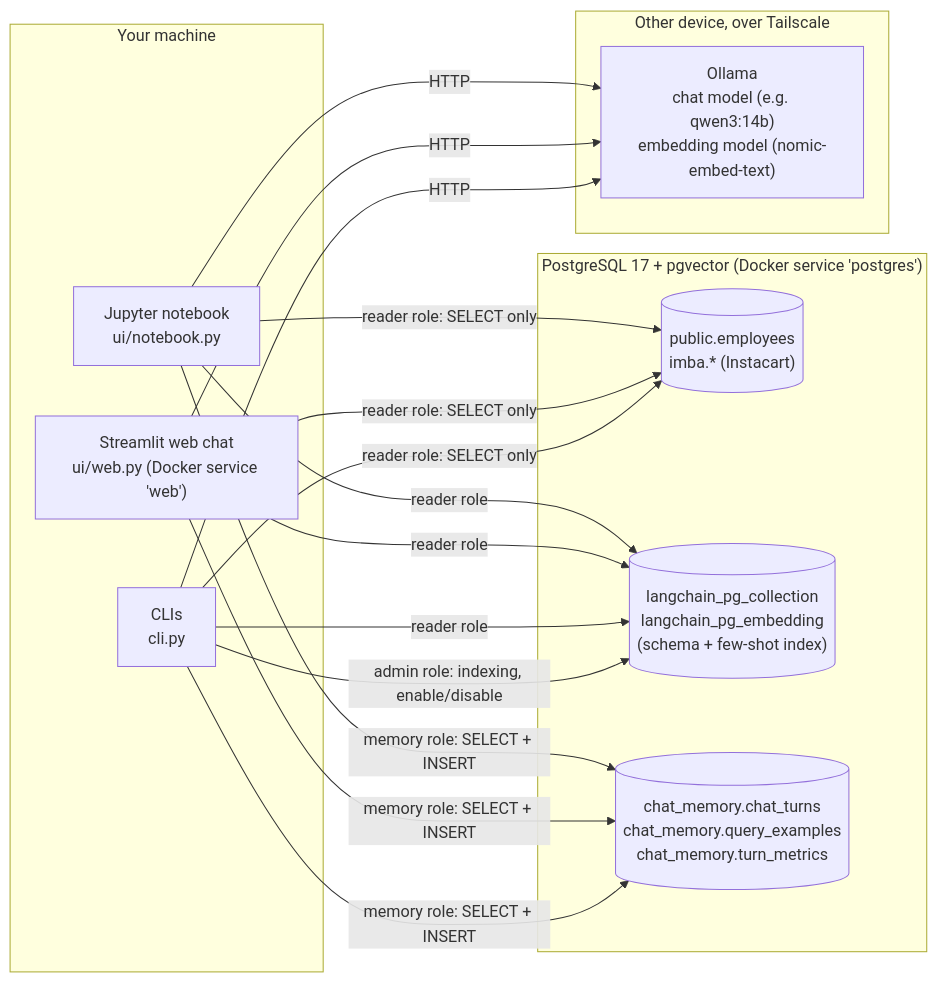
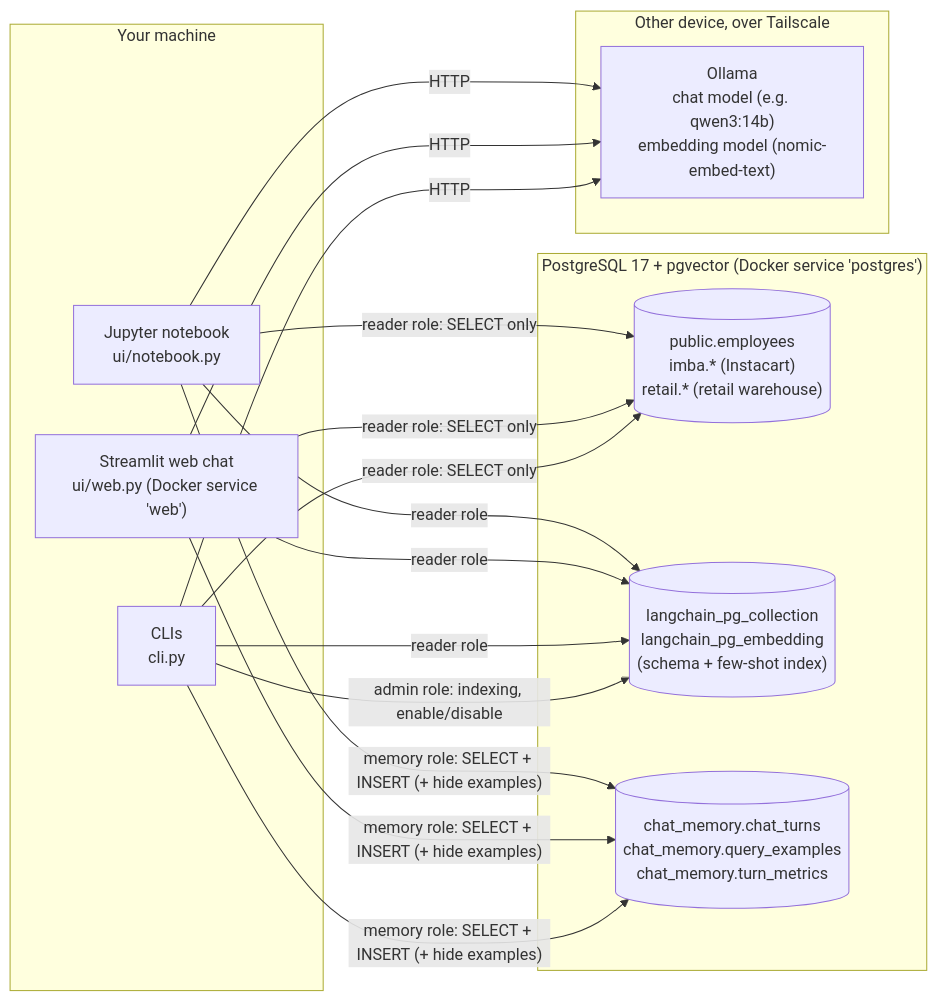
Before and after one commit to JiraKorn404/RAG-SQL-Layer: the first of 7 diagrams in EXPLAIN.md, drawn with Mermaid. The commit also changed other lines of this file and 36 other files, not shown here.

Commit message:
add retail data + liked query feature

````diff
--- a/EXPLAIN.md
+++ b/EXPLAIN.md
@@ -77,24 +77,24 @@
 ```mermaid
 flowchart LR
     subgraph Client["Your machine"]
         NB["Jupyter notebook<br/>ui/notebook.py"]
         WEB["Streamlit web chat<br/>ui/web.py (Docker service 'web')"]
         CLI["CLIs<br/>cli.py"]
     end
 
     subgraph PG["PostgreSQL 17 + pgvector (Docker service 'postgres')"]
-        DATA[("public.employees<br/>imba.* (Instacart)")]
+        DATA[("public.employees<br/>imba.* (Instacart)<br/>retail.* (retail warehouse)")]
         VEC[("langchain_pg_collection<br/>langchain_pg_embedding<br/>(schema + few-shot index)")]
         MEM[("chat_memory.chat_turns<br/>chat_memory.query_examples<br/>chat_memory.turn_metrics")]
     end
 
     subgraph OL["Other device, over Tailscale"]
         OLLAMA["Ollama<br/>chat model (e.g. qwen3:14b)<br/>embedding model (nomic-embed-text)"]
     end
 
     NB & WEB & CLI -->|"reader role: SELECT only"| DATA
     NB & WEB & CLI -->|"reader role"| VEC
-    NB & WEB & CLI -->|"memory role: SELECT + INSERT"| MEM
+    NB & WEB & CLI -->|"memory role: SELECT + INSERT (+ hide examples)"| MEM
     CLI -->|"admin role: indexing, enable/disable"| VEC
     NB & WEB & CLI -->|"HTTP"| OLLAMA
 ```
````
